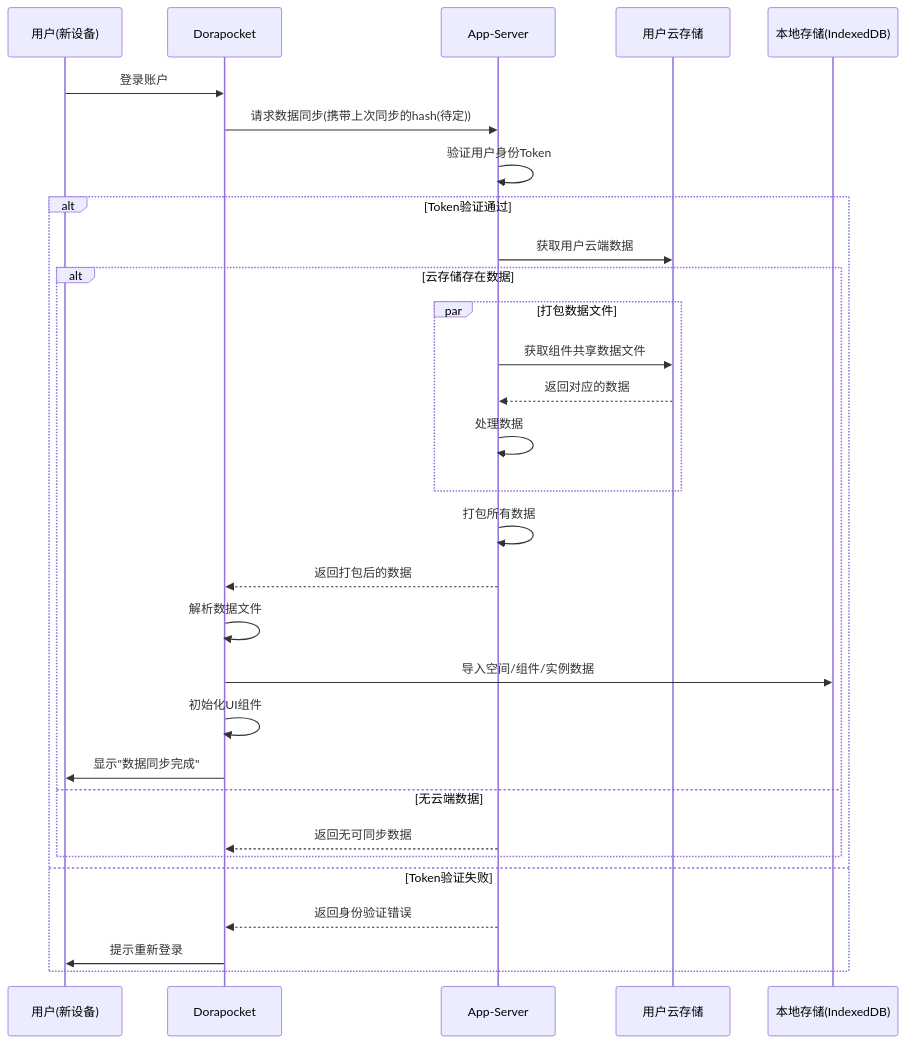
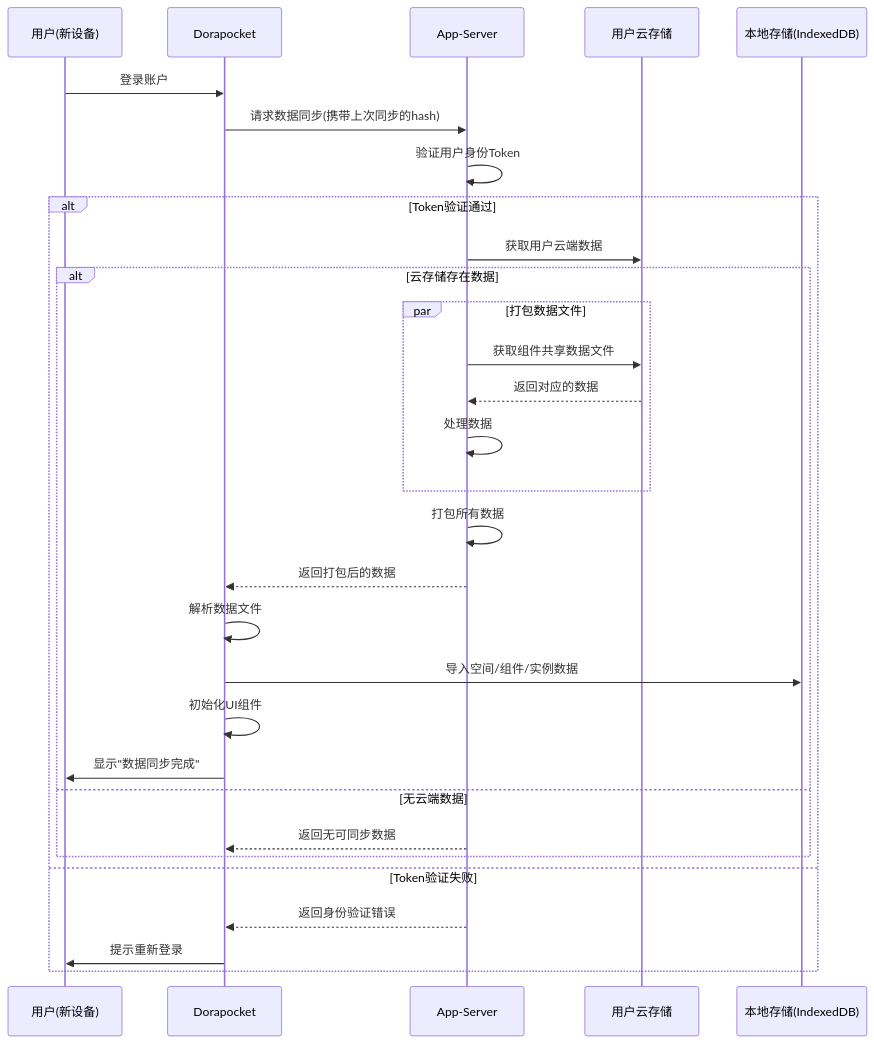
Before and after one commit to yingjianzh/iodraw-files: the diagram in all/未命名-38.md, drawn with Mermaid.

Commit message:
2025-04-21 14:12:46 update

````diff
--- a/all/未命名-38.md
+++ b/all/未命名-38.md
@@ -1,44 +1,44 @@
 ```mermaid
 sequenceDiagram
     participant User as 用户(新设备)
     participant App as Dorapocket
     participant AppServer as App-Server
     participant UserCloud as 用户云存储
     participant LocalDB as 本地存储(IndexedDB)
     
     User->>App: 登录账户
     
-    App->>AppServer: 请求数据同步(携带上次同步的hash(待定))
+    App->>AppServer: 请求数据同步(携带上次同步的hash)
     AppServer->>AppServer: 验证用户身份Token
     
     alt Token验证通过
         AppServer->>UserCloud: 获取用户云端数据
         
         
         alt 云存储存在数据
             par 打包数据文件
                 AppServer->>UserCloud: 获取组件共享数据文件
                 UserCloud-->>AppServer: 返回对应的数据
                 
                 AppServer->>AppServer: 处理数据
             end
             
             AppServer->>AppServer: 打包所有数据
             AppServer-->>App: 返回打包后的数据
             
             App->>App: 解析数据文件
 
             
             App->>LocalDB: 导入空间/组件/实例数据
             
             App->>App: 初始化UI组件
             App->>User: 显示"数据同步完成"
         else 无云端数据
             AppServer-->>App: 返回无可同步数据
     
         end
     else Token验证失败
         AppServer-->>App: 返回身份验证错误
         App->>User: 提示重新登录
     end
 ```
````
